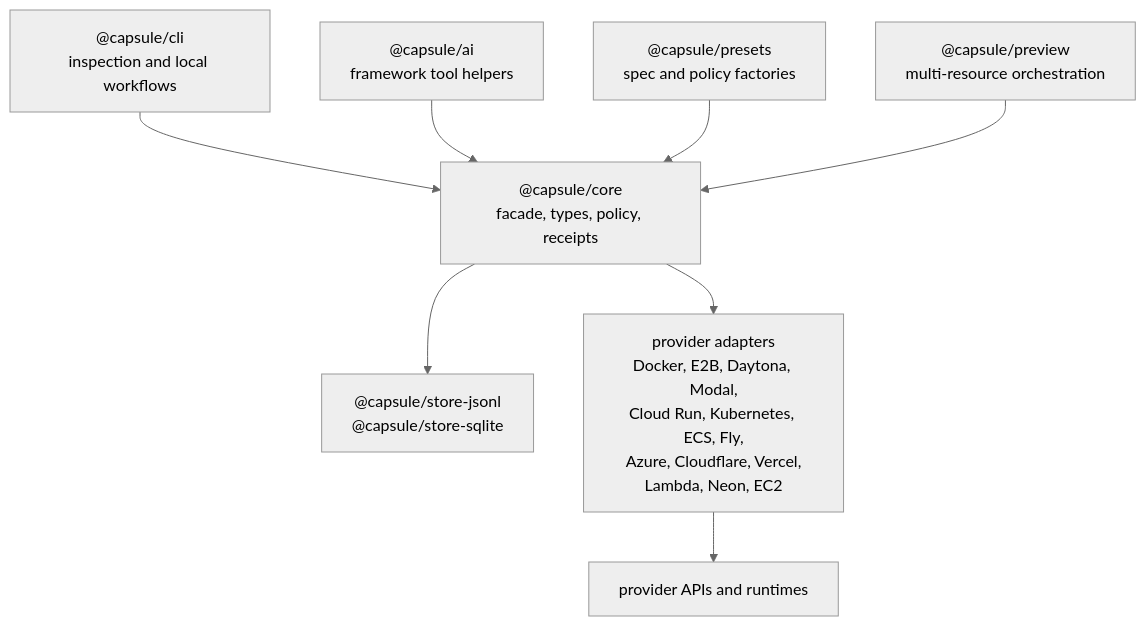
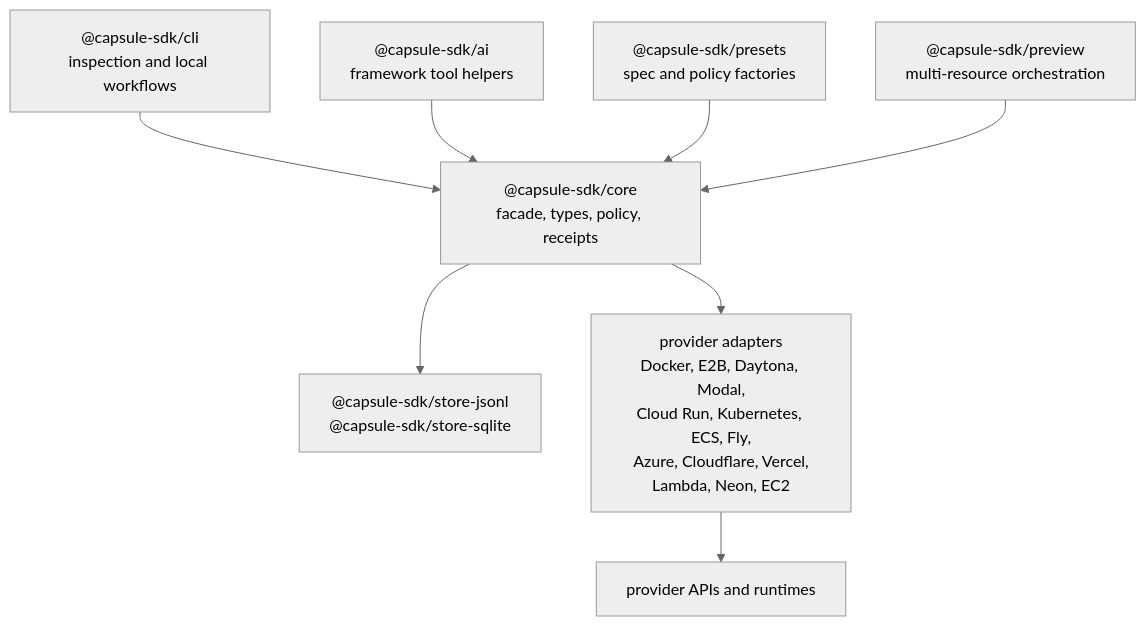
One commit to EfeDurmaz16/capsule changed the second of 6 diagrams in docs/architecture-diagrams.md. Above: the diagram before and after it, drawn with Mermaid (neutral theme). The commit also changed 198 other files, not shown here.

First line of the commit message:
chore!: rename npm scope to @capsule-sdk (#296)

````diff
--- a/docs/architecture-diagrams.md
+++ b/docs/architecture-diagrams.md
@@ -33,19 +33,19 @@
 ```mermaid
 flowchart TB
-  core["@capsule/core\nfacade, types, policy, receipts"]
-  cli["@capsule/cli\ninspection and local workflows"]
-  ai["@capsule/ai\nframework tool helpers"]
-  presets["@capsule/presets\nspec and policy factories"]
-  preview["@capsule/preview\nmulti-resource orchestration"]
-  stores["@capsule/store-jsonl\n@capsule/store-sqlite"]
+  core["@capsule-sdk/core\nfacade, types, policy, receipts"]
+  cli["@capsule-sdk/cli\ninspection and local workflows"]
+  ai["@capsule-sdk/ai\nframework tool helpers"]
+  presets["@capsule-sdk/presets\nspec and policy factories"]
+  preview["@capsule-sdk/preview\nmulti-resource orchestration"]
+  stores["@capsule-sdk/store-jsonl\n@capsule-sdk/store-sqlite"]
   adapters["provider adapters\nDocker, E2B, Daytona, Modal,\nCloud Run, Kubernetes, ECS, Fly,\nAzure, Cloudflare, Vercel,\nLambda, Neon, EC2"]
   providers["provider APIs and runtimes"]
 
   cli --> core
   ai --> core
   presets --> core
   preview --> core
   core --> adapters
   adapters --> providers
   core --> stores
 ```
````
